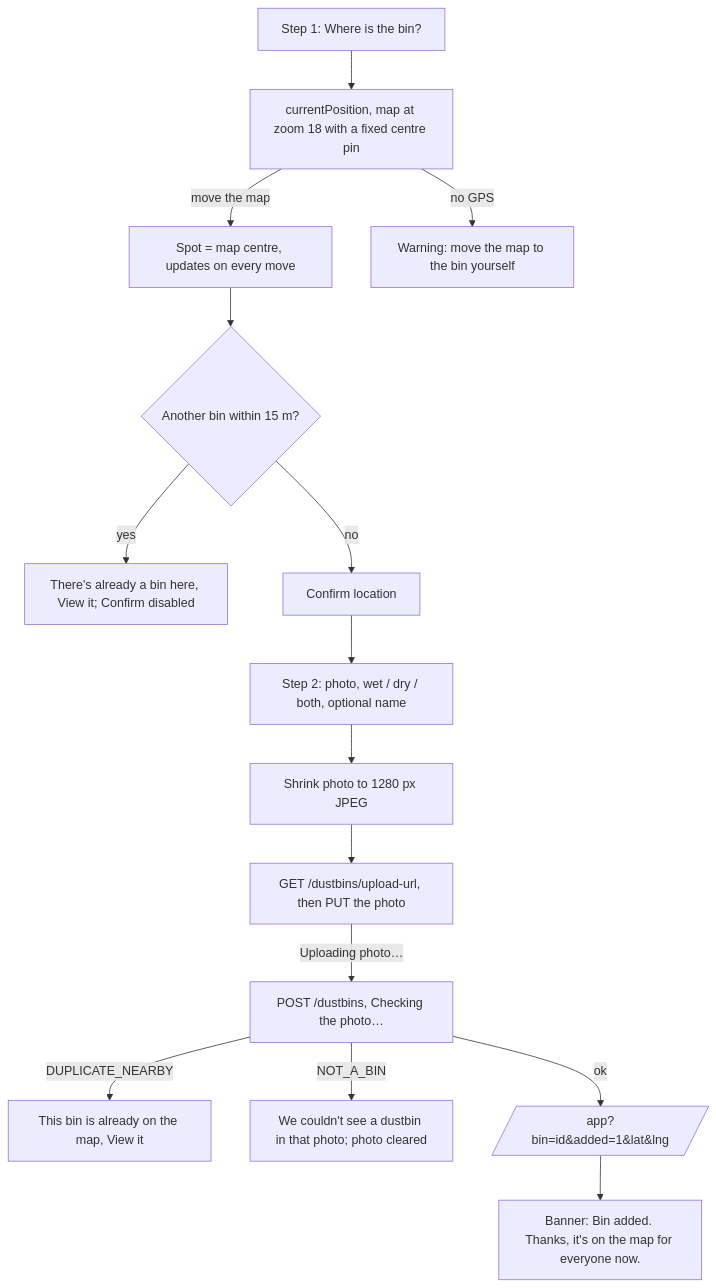
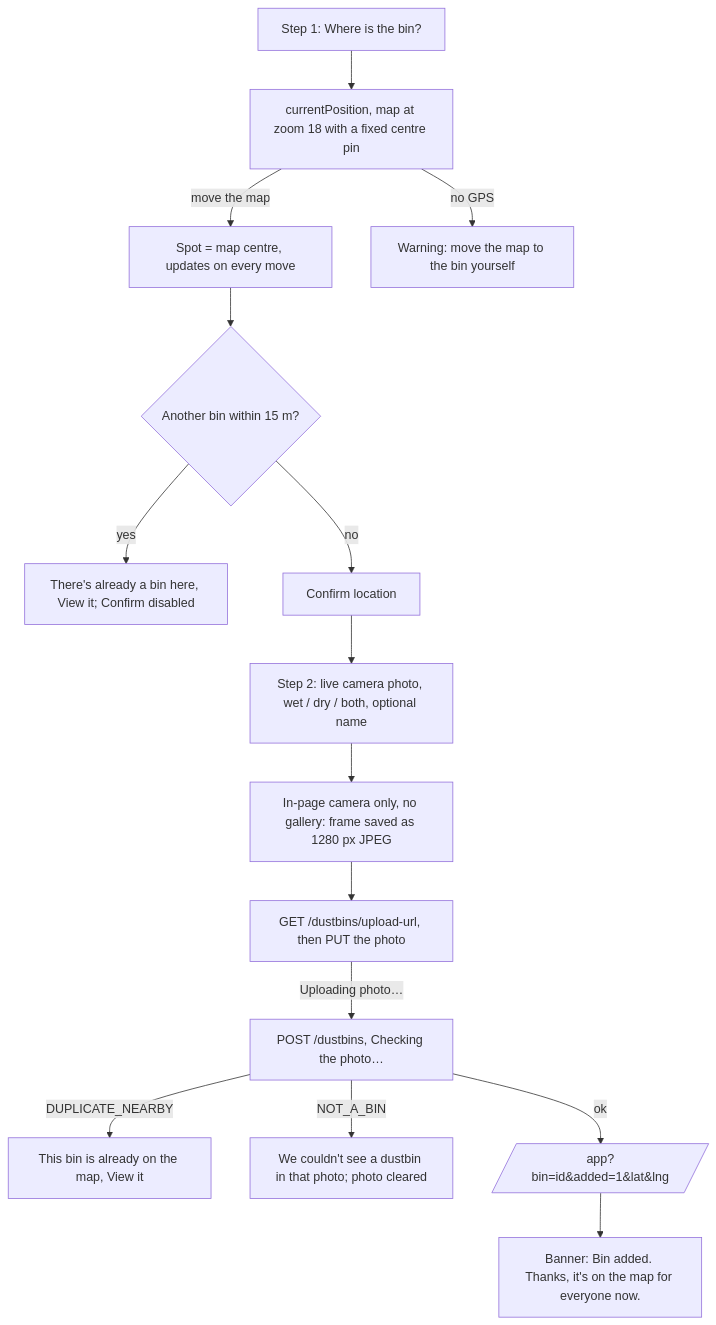
The fifth of 6 diagrams in apps/web/FLOWS.md (Dhirenderchoudhary/Smartbin), drawn with Mermaid before and after one commit. The commit also changed 9 other files, not shown here.

First line of the commit message:
feat(web): Cognito sign-in and live-camera bin photos

````diff
--- a/apps/web/FLOWS.md
+++ b/apps/web/FLOWS.md
@@ -115,17 +115,17 @@
 ```mermaid
 flowchart TD
   S1[Step 1: Where is the bin?] --> G[currentPosition, map at zoom 18 with a fixed centre pin]
   G -->|move the map| SP[Spot = map centre, updates on every move]
   SP --> DUP{Another bin within 15 m?}
   DUP -->|yes| DW[There's already a bin here, View it; Confirm disabled]
   DUP -->|no| CF[Confirm location]
   G -->|no GPS| WARN[Warning: move the map to the bin yourself]
-  CF --> S2[Step 2: photo, wet / dry / both, optional name]
-  S2 --> SH[Shrink photo to 1280 px JPEG]
+  CF --> S2[Step 2: live camera photo, wet / dry / both, optional name]
+  S2 --> SH[In-page camera only, no gallery: frame saved as 1280 px JPEG]
   SH --> U[GET /dustbins/upload-url, then PUT the photo]
   U -->|Uploading photo…| CH[POST /dustbins, Checking the photo…]
   CH -->|DUPLICATE_NEARBY| E1[This bin is already on the map, View it]
   CH -->|NOT_A_BIN| E2[We couldn't see a dustbin in that photo; photo cleared]
   CH -->|ok| BACK[/app?bin=id&added=1&lat&lng/]
   BACK --> BAN[Banner: Bin added. Thanks, it's on the map for everyone now.]
 ```
````
